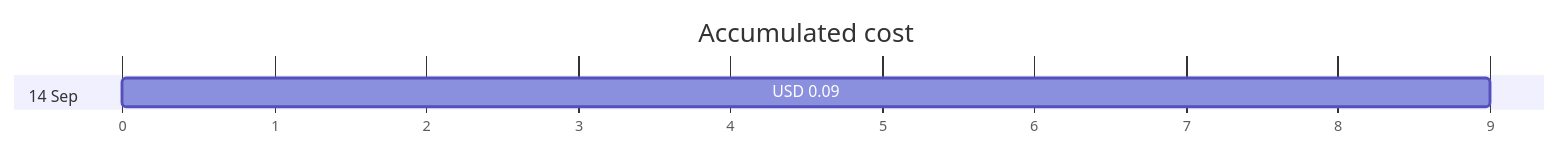
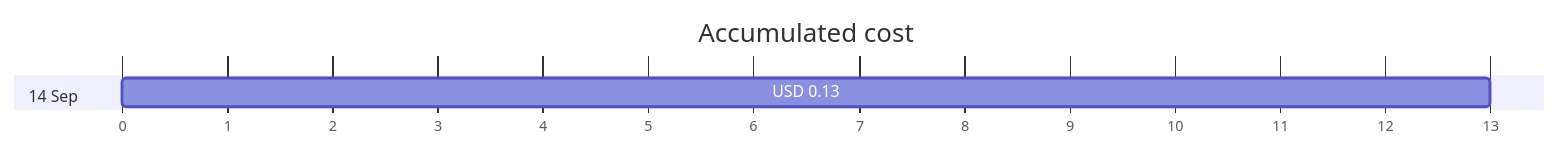
One commit to jpfulton/azure-personal-reports changed the first of 4 diagrams in cost-reports/personal-network/backup-server.md. Above: the diagram before and after it, drawn with Mermaid. The commit also changed other lines of this file and 32 other files, not shown here.

````diff
--- a/cost-reports/personal-network/backup-server.md
+++ b/cost-reports/personal-network/backup-server.md
@@ -20,8 +20,8 @@
 ```mermaid
 gantt
    title Accumulated cost
    dateFormat  X
    axisFormat %s
    section 14 Sep
-   USD 0.09 :0, 9
+   USD 0.13 :0, 13
 ```
````
